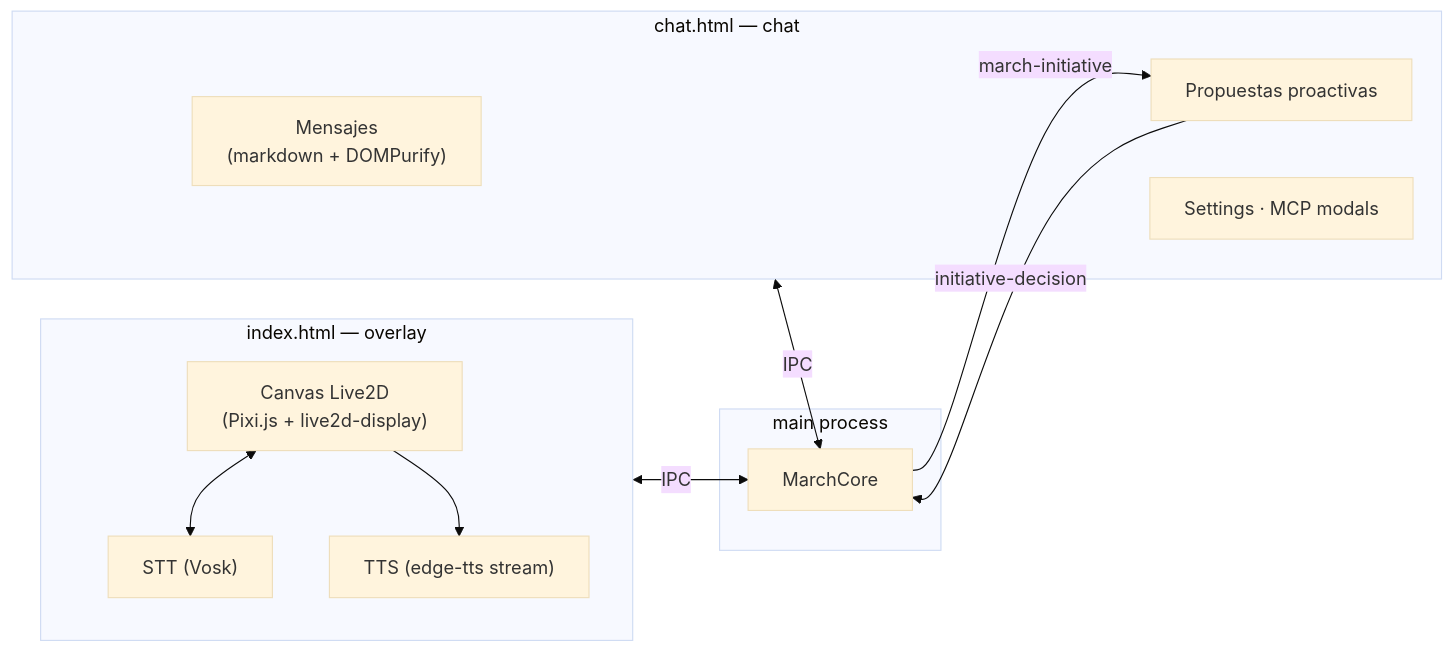
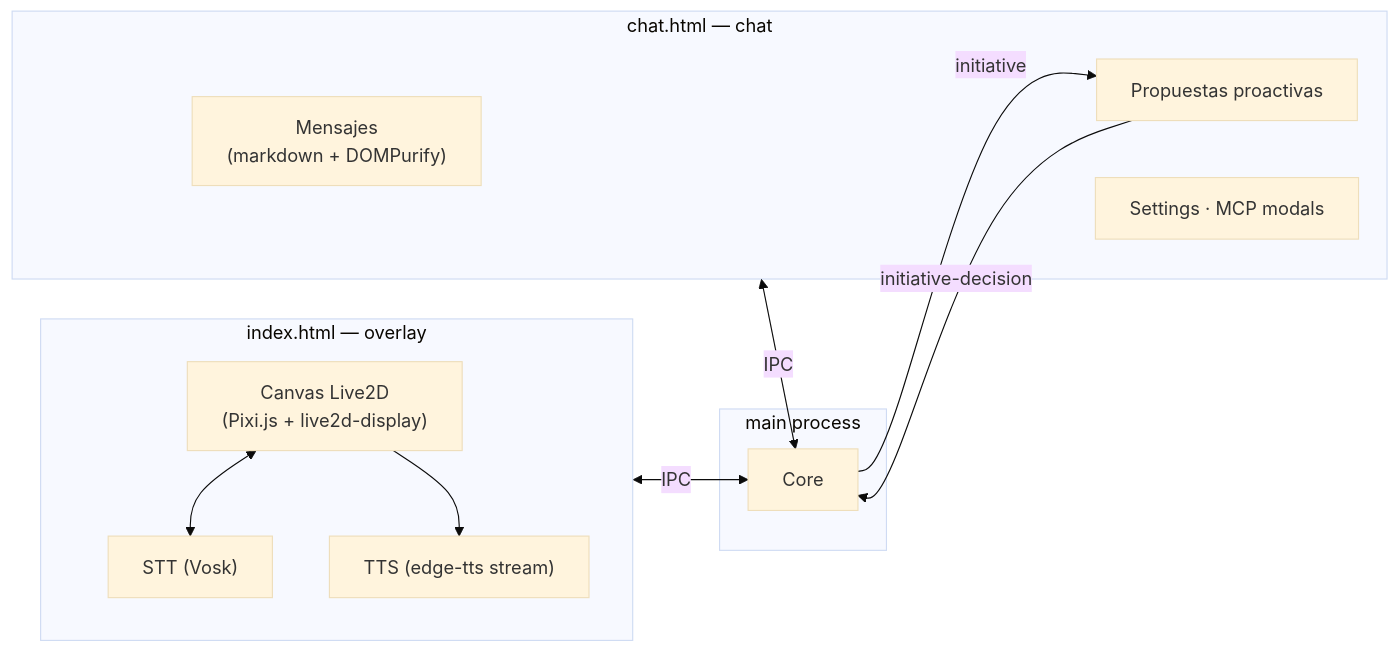
The diagram in src/README.md (Dregxmoon/Kaoru-Agent), drawn with Mermaid (base theme) before and after one commit. The commit also changed other lines of this file and 72 other files, not shown here.

First line of the commit message:
refactor: elimina identidad 'March' (Core, BD, keychain, IPC) y arregla workspace, modelos y cierre

````diff
--- a/src/README.md
+++ b/src/README.md
@@ -57,23 +61,23 @@
 ```mermaid
 flowchart LR
     subgraph MAIN["main process"]
-        CORE["MarchCore"]
+        CORE["Core"]
     end
     subgraph WIN1["index.html — overlay"]
         L2D["Canvas Live2D<br/>(Pixi.js + live2d-display)"]
         STT["STT (Vosk)"]
         TTS["TTS (edge-tts stream)"]
     end
     subgraph WIN2["chat.html — chat"]
         MSG["Mensajes<br/>(markdown + DOMPurify)"]
         PROPS["Propuestas proactivas"]
         SET["Settings · MCP modals"]
     end
 
     WIN1 <-->|"IPC"| CORE
     WIN2 <-->|"IPC"| CORE
     L2D <--> STT
     L2D --> TTS
-    CORE -->|"march-initiative"| PROPS
+    CORE -->|"initiative"| PROPS
     PROPS -->|"initiative-decision"| CORE
 ```
````
